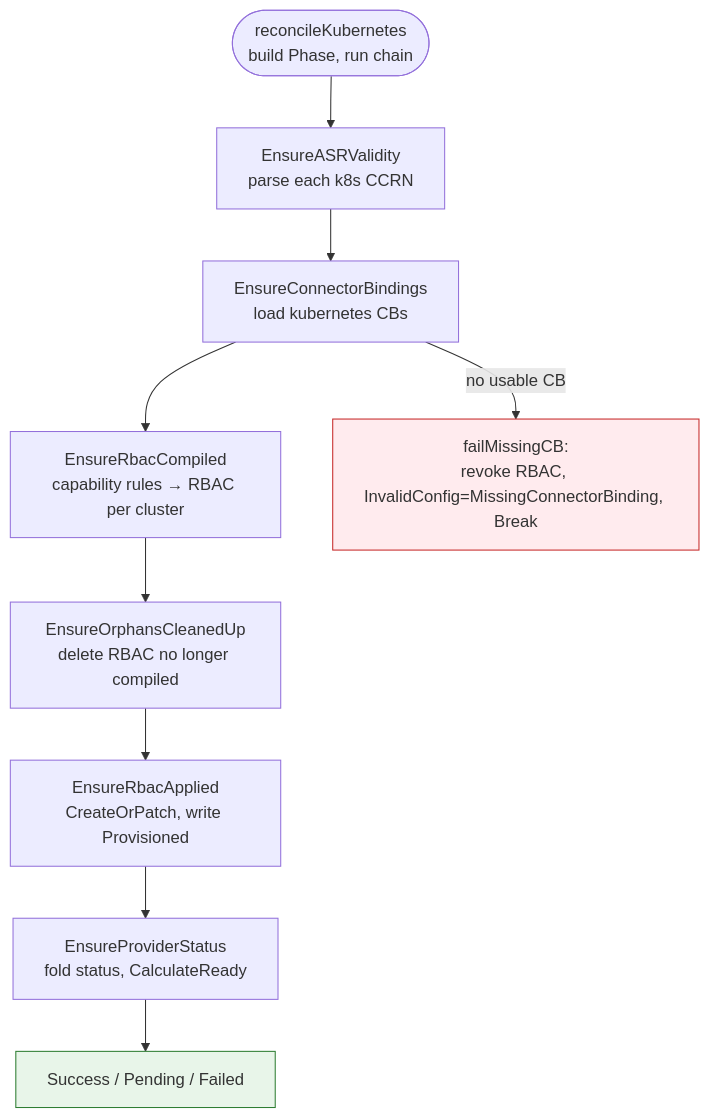
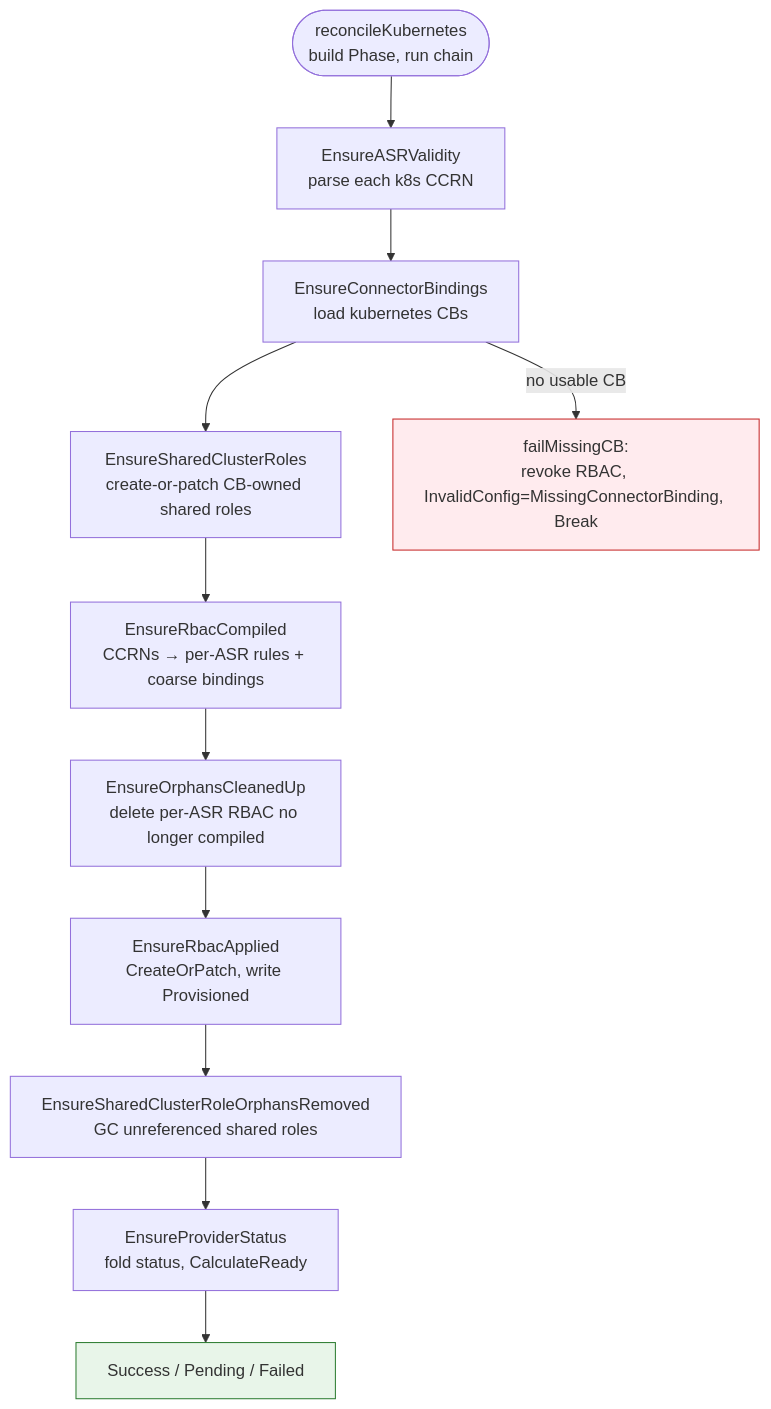
The third of 5 diagrams in docs/reconciler-flows.md (cloudoperators/permission-manager), drawn with Mermaid before and after one commit. The commit also changed other lines of this file and 1 other file, not shown here.

First line of the commit message:
docs: align concepts and reconciler flows with scope-aware capability mapping

````diff
--- a/docs/reconciler-flows.md
+++ b/docs/reconciler-flows.md
@@ -184,24 +198,28 @@
 ```mermaid
 flowchart TD
     START(["reconcileKubernetes<br/>build Phase, run chain"])
 
     START --> VALID["EnsureASRValidity<br/>parse each k8s CCRN"]
     VALID --> BIND["EnsureConnectorBindings<br/>load kubernetes CBs"]
-    BIND --> COMPILE["EnsureRbacCompiled<br/>capability rules → RBAC per cluster"]
-    COMPILE --> ORPHAN["EnsureOrphansCleanedUp<br/>delete RBAC no longer compiled"]
+    BIND --> SHARED["EnsureSharedClusterRoles<br/>create-or-patch CB-owned shared roles"]
+    SHARED --> COMPILE["EnsureRbacCompiled<br/>CCRNs → per-ASR rules + coarse bindings"]
+    COMPILE --> ORPHAN["EnsureOrphansCleanedUp<br/>delete per-ASR RBAC no longer compiled"]
     ORPHAN --> APPLY["EnsureRbacApplied<br/>CreateOrPatch, write Provisioned"]
-    APPLY --> STATUS["EnsureProviderStatus<br/>fold status, CalculateReady"]
+    APPLY --> SHAREDORPHAN["EnsureSharedClusterRoleOrphansRemoved<br/>GC unreferenced shared roles"]
+    SHAREDORPHAN --> STATUS["EnsureProviderStatus<br/>fold status, CalculateReady"]
     STATUS --> DONE["Success / Pending / Failed"]
 
     BIND -->|"no usable CB"| FAILCB["failMissingCB:<br/>revoke RBAC, InvalidConfig=MissingConnectorBinding, Break"]
 
     click VALID "https://github.com/cloudoperators/permission-manager/blob/main/internal/provider/k8s/ensure_validity.go" "EnsureASRValidity"
     click BIND "https://github.com/cloudoperators/permission-manager/blob/main/internal/provider/k8s/ensure_bindings.go" "EnsureConnectorBindings"
+    click SHARED "https://github.com/cloudoperators/permission-manager/blob/main/internal/provider/k8s/ensure_bindings.go" "EnsureSharedClusterRoles"
     click COMPILE "https://github.com/cloudoperators/permission-manager/blob/main/internal/provider/k8s/ensure_compiled.go" "EnsureRbacCompiled"
     click ORPHAN "https://github.com/cloudoperators/permission-manager/blob/main/internal/provider/k8s/ensure_orphans_removed.go" "EnsureOrphansCleanedUp"
     click APPLY "https://github.com/cloudoperators/permission-manager/blob/main/internal/provider/k8s/ensure_applied.go" "EnsureRbacApplied"
+    click SHAREDORPHAN "https://github.com/cloudoperators/permission-manager/blob/main/internal/provider/k8s/ensure_orphans_removed.go" "EnsureSharedClusterRoleOrphansRemoved"
     click STATUS "https://github.com/cloudoperators/permission-manager/blob/main/internal/provider/k8s/ensure_status.go" "EnsureProviderStatus"
 
     style DONE fill:#e8f5e9,stroke:#2e7d32
     style FAILCB fill:#ffebee,stroke:#c62828
 ```
````
